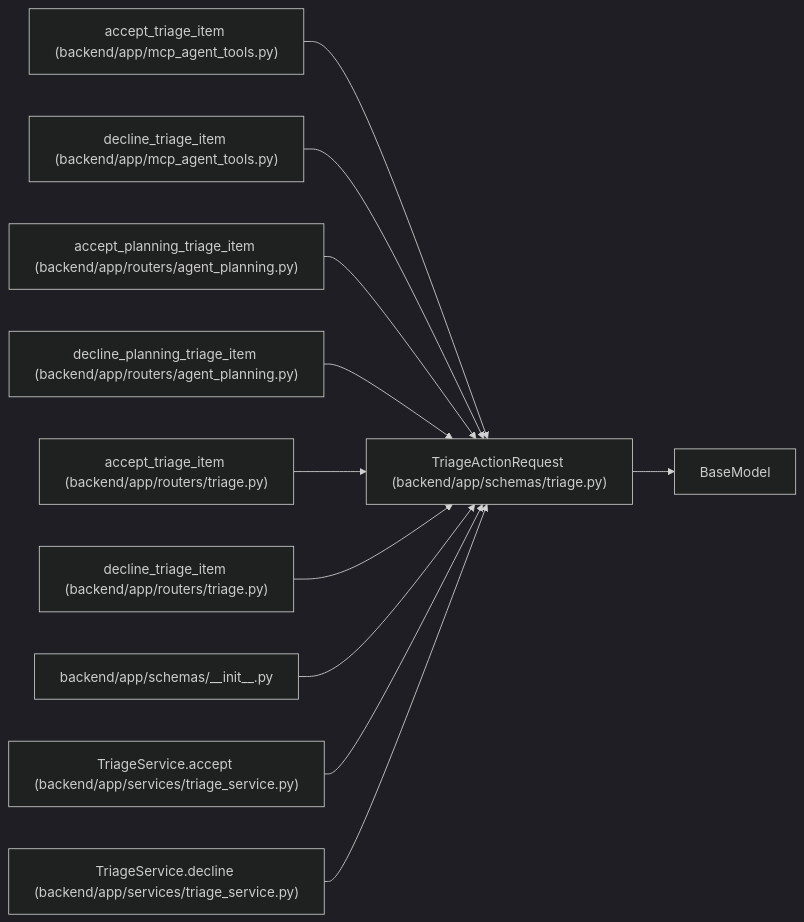
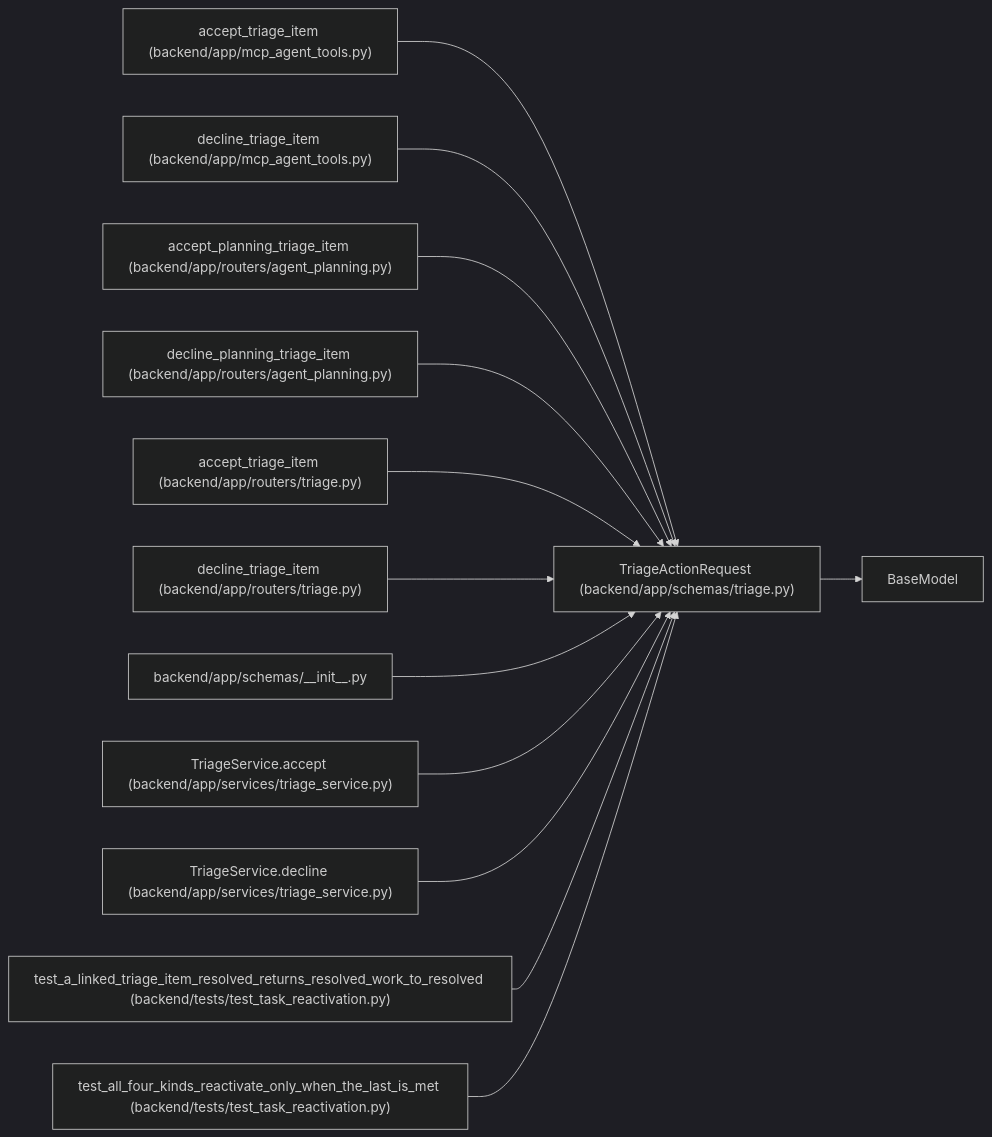
The diagram in docs/llm_wiki/entities/schemas_triage_TriageActionRequest.md (Denissvgn/WorkChord), drawn with Mermaid (dark theme) before and after one commit. The commit also changed other lines of this file and 873 other files, not shown here.

Commit message:
Sync the architectural wiki for automatic reactivation of postponed tasks

````diff
--- a/docs/llm_wiki/entities/schemas_triage_TriageActionRequest.md
+++ b/docs/llm_wiki/entities/schemas_triage_TriageActionRequest.md
@@ -25,34 +25,40 @@
 ```mermaid
 flowchart LR
     n0["TriageActionRequest (backend/app/schemas/triage.py)"]
     n1["BaseModel"]
     n2["accept_triage_item (backend/app/mcp_agent_tools.py)"]
     n3["decline_triage_item (backend/app/mcp_agent_tools.py)"]
     n4["accept_planning_triage_item (backend/app/routers/agent_planning.py)"]
     n5["decline_planning_triage_item (backend/app/routers/agent_planning.py)"]
     n6["accept_triage_item (backend/app/routers/triage.py)"]
     n7["decline_triage_item (backend/app/routers/triage.py)"]
     n8["backend/app/schemas/__init__.py"]
     n9["TriageService.accept (backend/app/services/triage_service.py)"]
     n10["TriageService.decline (backend/app/services/triage_service.py)"]
+    n11["test_a_linked_triage_item_resolved_returns_resolved_work_to_resolved (backend/tests/test_task_reactivation.py)"]
+    n12["test_all_four_kinds_reactivate_only_when_the_last_is_met (backend/tests/test_task_reactivation.py)"]
     n0 --> n1
     n2 --> n0
     n3 --> n0
     n4 --> n0
     n5 --> n0
     n6 --> n0
     n7 --> n0
     n8 --> n0
     n9 --> n0
     n10 --> n0
+    n11 --> n0
+    n12 --> n0
     click n0 "../modules/schemas_triage.md"
     click n2 "../modules/mcp_agent_tools.md"
     click n3 "../modules/mcp_agent_tools.md"
     click n4 "../modules/routers_agent_planning.md"
     click n5 "../modules/routers_agent_planning.md"
     click n6 "../modules/routers_triage.md"
     click n7 "../modules/routers_triage.md"
     click n8 "../modules/schemas___init__.md"
     click n9 "../modules/triage_service.md"
     click n10 "../modules/triage_service.md"
+    click n11 "../modules/test_task_reactivation.md"
+    click n12 "../modules/test_task_reactivation.md"
 ```
````
